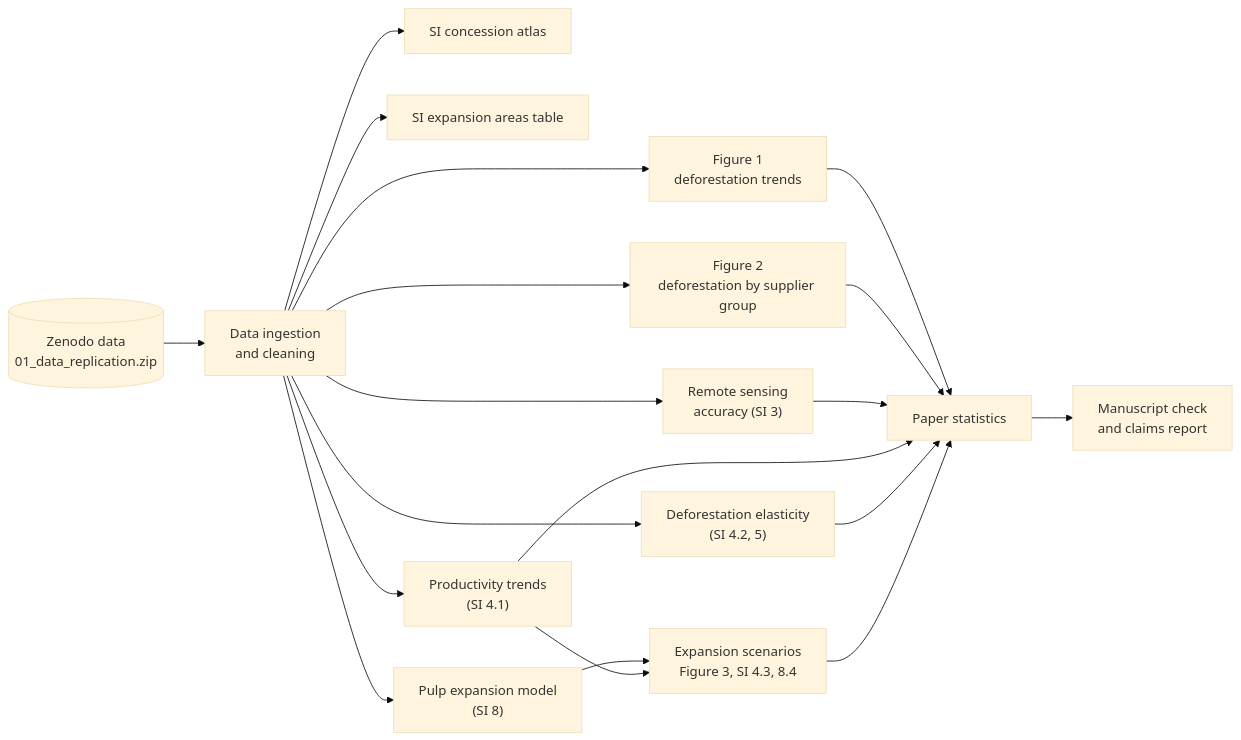
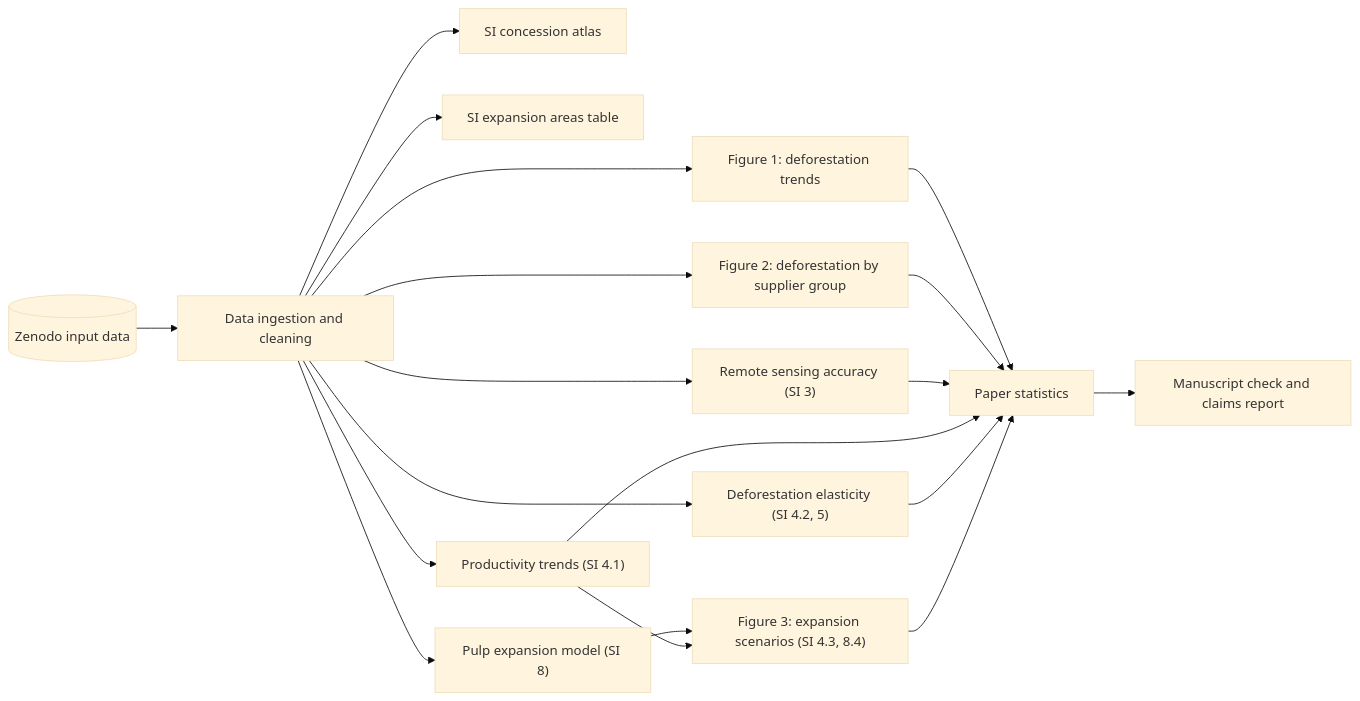
One commit to jasonjb82/heilmayr-indo-pulp-deforestation-2026 changed the diagram in README.md. Above: the diagram before and after it, drawn with Mermaid (base theme).

Commit message:
Update README.md
Fix diagram label clipping

````diff
--- a/README.md
+++ b/README.md
@@ -61,21 +61,22 @@
 ```mermaid
+%%{init: {"flowchart": {"htmlLabels": false}} }%%
 graph LR
-  Z[("Zenodo data<br/>01_data_replication.zip")] --> B["Data ingestion<br/>and cleaning"]
-  B --> F1["Figure 1<br/>deforestation trends"]
-  B --> F2["Figure 2<br/>deforestation by supplier group"]
+  Z[("Zenodo input data")] --> B["Data ingestion and cleaning"]
+  B --> F1["Figure 1: deforestation trends"]
+  B --> F2["Figure 2: deforestation by supplier group"]
   B --> AT["SI concession atlas"]
   B --> T2["SI expansion areas table"]
-  B --> RS["Remote sensing<br/>accuracy (SI 3)"]
-  B --> MAI["Productivity trends<br/>(SI 4.1)"]
-  B --> EL["Deforestation elasticity<br/>(SI 4.2, 5)"]
-  B --> RF["Pulp expansion model<br/>(SI 8)"]
-  RF --> SC["Expansion scenarios<br/>Figure 3, SI 4.3, 8.4"]
+  B --> RS["Remote sensing accuracy (SI 3)"]
+  B --> MAI["Productivity trends (SI 4.1)"]
+  B --> EL["Deforestation elasticity (SI 4.2, 5)"]
+  B --> RF["Pulp expansion model (SI 8)"]
+  RF --> SC["Figure 3: expansion scenarios (SI 4.3, 8.4)"]
   MAI --> SC
   F1 --> PS["Paper statistics"]
   F2 --> PS
   RS --> PS
   MAI --> PS
   EL --> PS
   SC --> PS
-  PS --> MC["Manuscript check<br/>and claims report"]
+  PS --> MC["Manuscript check and claims report"]
 ```
````
